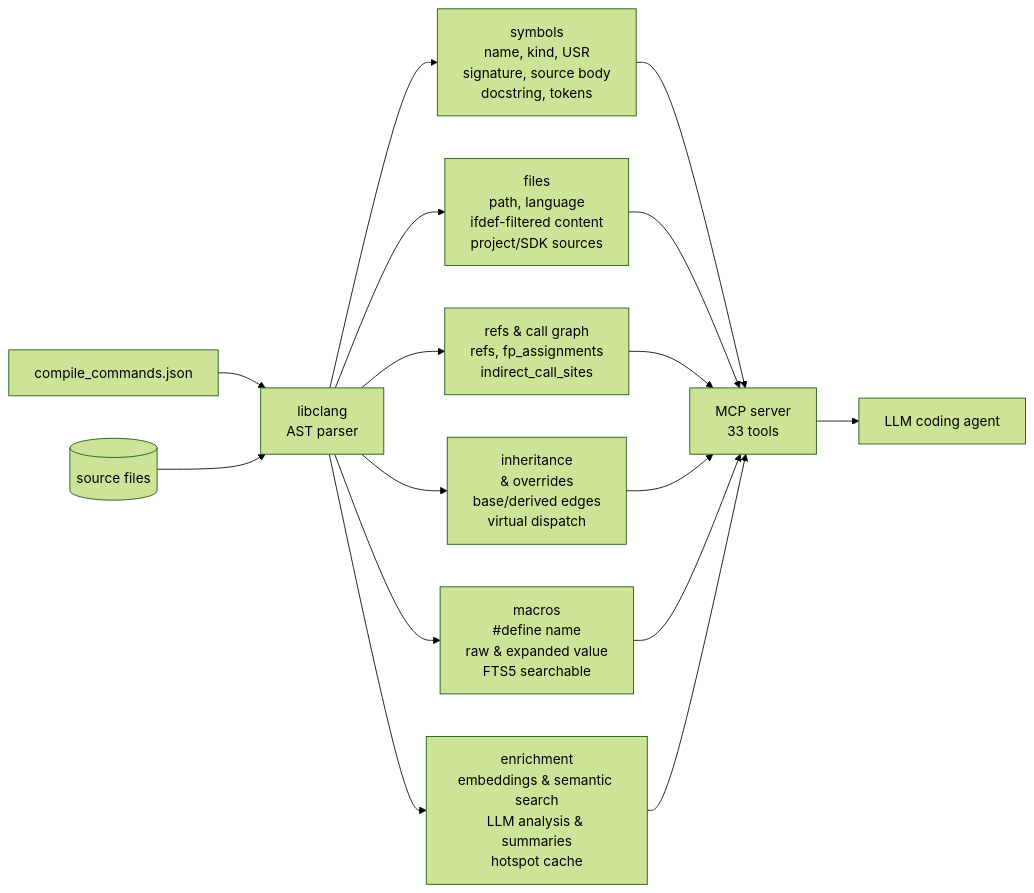
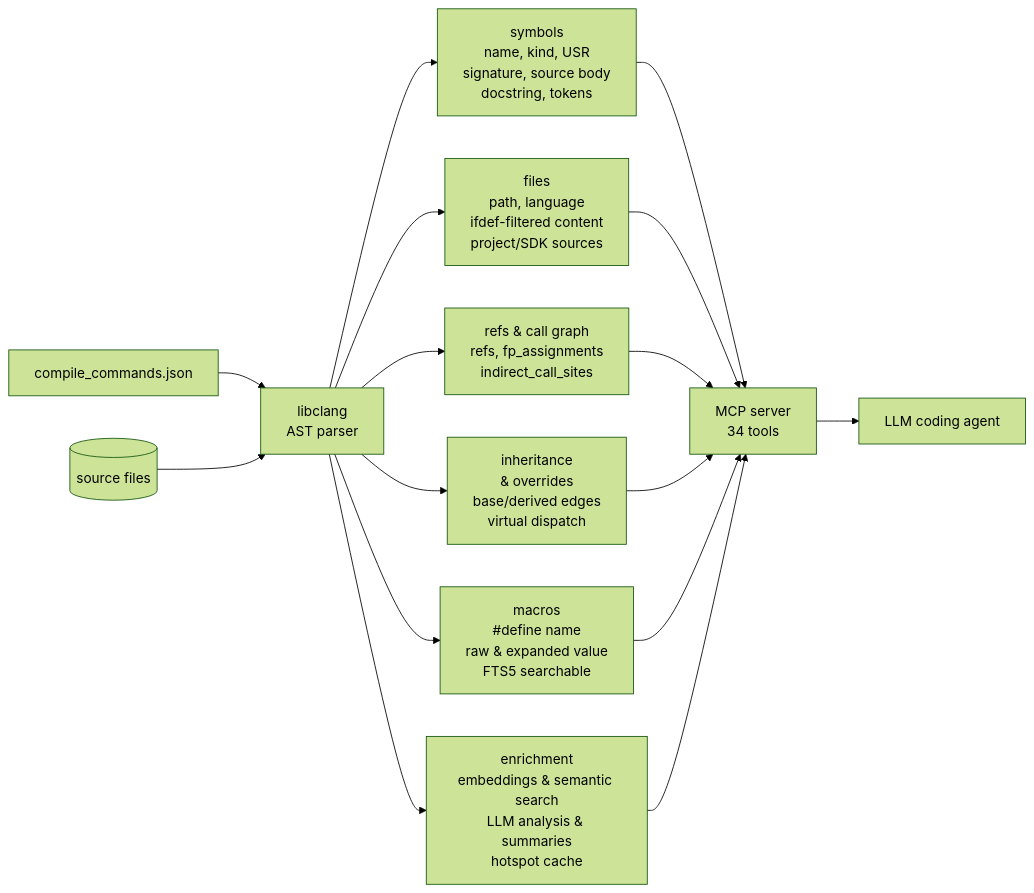
Before and after one commit to turbyho/fw-context-mcp: the diagram in README.md, drawn with Mermaid (forest theme). The commit also changed other lines of this file and 17 other files, not shown here.

````diff
--- a/README.md
+++ b/README.md
@@ -55,7 +55,7 @@
 ```mermaid
 flowchart LR
     CCJ[compile_commands.json] & SRC[(source files)] --> LIBCLANG[libclang<br/>AST parser]
     LIBCLANG --> SYMBOLS[symbols<br/>name, kind, USR<br/>signature, source body<br/>docstring, tokens] & FILES[files<br/>path, language<br/>ifdef-filtered content<br/>project/SDK sources] & REFS[refs &amp; call graph<br/>refs, fp_assignments<br/>indirect_call_sites] & INHERIT[inheritance<br/>&amp; overrides<br/>base/derived edges<br/>virtual dispatch] & MACROS[macros<br/>#define name<br/>raw &amp; expanded value<br/>FTS5 searchable] & ENRICH[enrichment<br/>embeddings &amp; semantic search<br/>LLM analysis &amp; summaries<br/>hotspot cache]
-    SYMBOLS & FILES & REFS & INHERIT & MACROS & ENRICH --> MCP[MCP server<br/>33 tools]
+    SYMBOLS & FILES & REFS & INHERIT & MACROS & ENRICH --> MCP[MCP server<br/>34 tools]
     MCP --> LLM[LLM coding agent]
 ```
````
